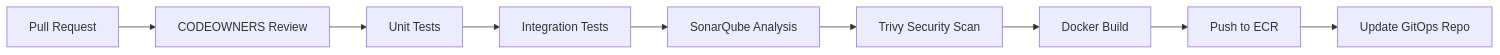
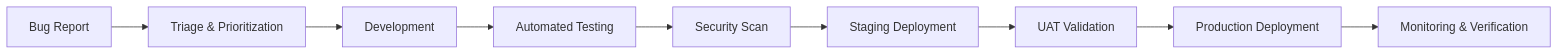
The diagram in architecture/README.md (AmaliTech-Training-Academy/cloudinsight-devops-rw), drawn with Mermaid before and after one commit. The commit also changed other lines of this file and 1 other file, not shown here.

````diff
--- a/architecture/README.md
+++ b/architecture/README.md
@@ -42,11 +1413,11 @@
 ```mermaid
 graph LR
-    A[Pull Request] --> B[CODEOWNERS Review]
-    B --> C[Unit Tests]
-    C --> D[Integration Tests]
-    D --> E[SonarQube Analysis]
-    E --> F[Trivy Security Scan]
-    F --> G[Docker Build]
-    G --> H[Push to ECR]
-    H --> I[Update GitOps Repo]
+    A[Bug Report] --> B[Triage & Prioritization]
+    B --> C[Development]
+    C --> D[Automated Testing]
+    D --> E[Security Scan]
+    E --> F[Staging Deployment]
+    F --> G[UAT Validation]
+    G --> H[Production Deployment]
+    H --> I[Monitoring & Verification]
 ```
````
